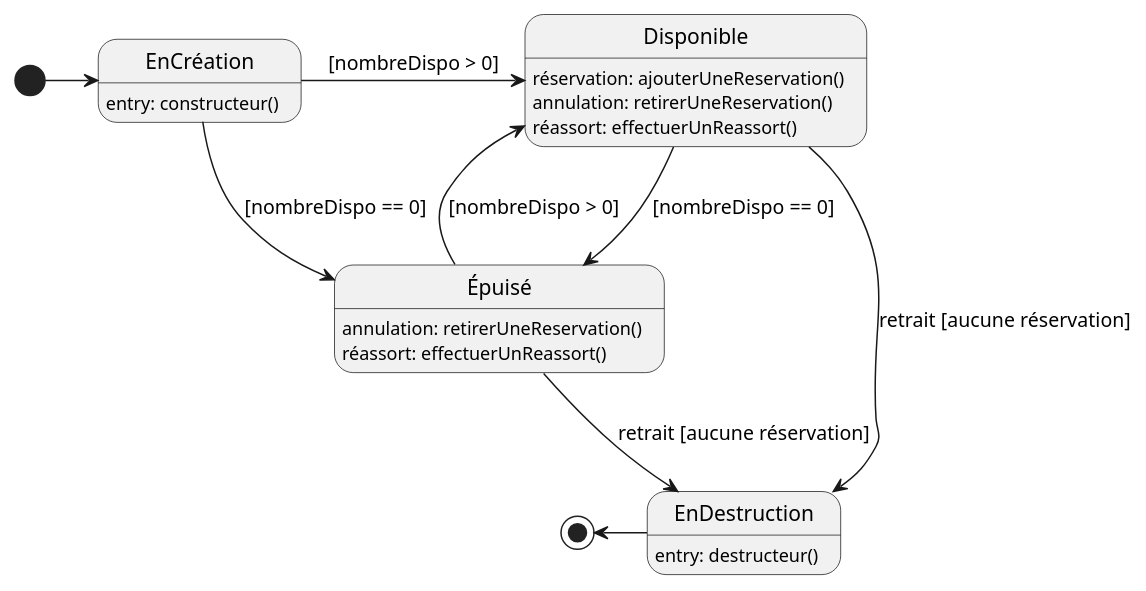
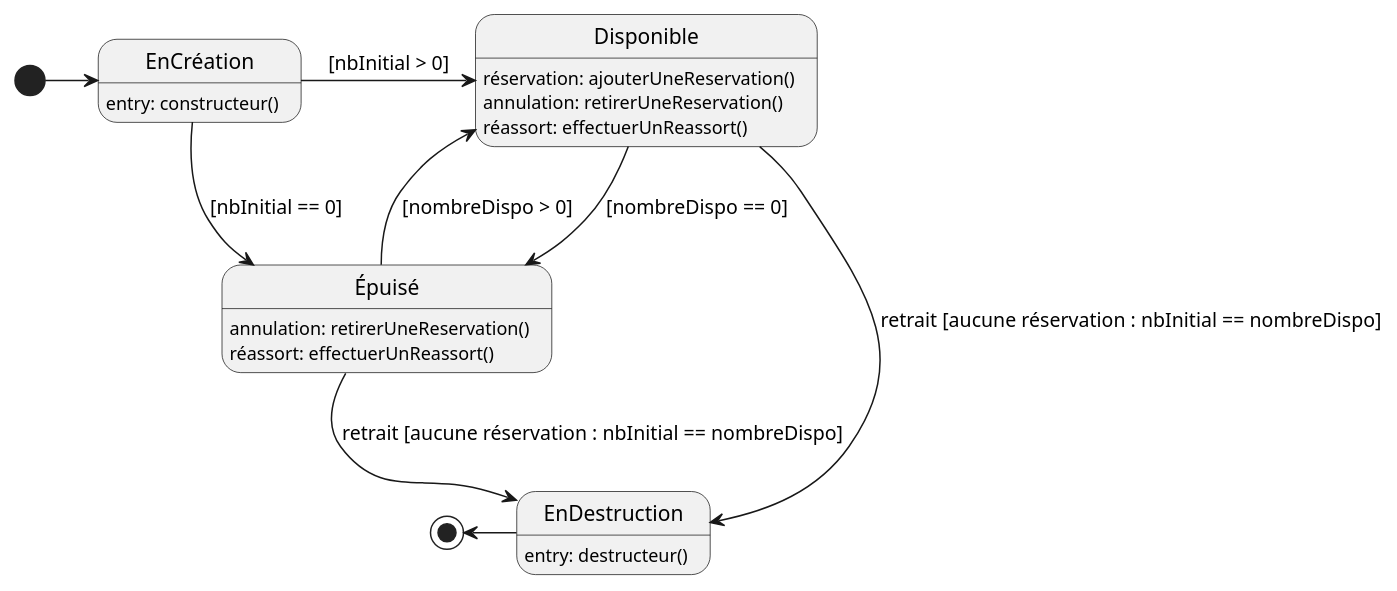
The diagram in Diagrammes/pge_uml_diag_machine_test.pu (yasminebelmaaziz/dev_logiciel), drawn with PlantUML before and after one commit. The commit also changed 16 other files, not shown here.

```diff
--- a/Diagrammes/pge_uml_diag_machine_test.pu
+++ b/Diagrammes/pge_uml_diag_machine_test.pu
@@ -1,25 +1,25 @@
 @startuml
 
 EnCréation : entry: constructeur()
 
 Disponible : réservation: ajouterUneReservation()
 Disponible : annulation: retirerUneReservation()
 Disponible : réassort: effectuerUnReassort()
 
 
 Épuisé : annulation: retirerUneReservation()
 Épuisé : réassort: effectuerUnReassort()
 
 
 EnDestruction : entry: destructeur()
 
 [*] -right-> EnCréation
-EnCréation -right-> Disponible : [nombreDispo > 0]
-EnCréation -down-> Épuisé : [nombreDispo == 0]
+EnCréation -right-> Disponible : [nbInitial > 0]
+EnCréation -down-> Épuisé : [nbInitial == 0]
 Disponible -right-> Épuisé : [nombreDispo == 0]
 Épuisé --> Disponible : [nombreDispo > 0]
-Disponible -down-> EnDestruction : retrait [aucune réservation]
-Épuisé -down-> EnDestruction : retrait [aucune réservation]
+Disponible -down-> EnDestruction : retrait [aucune réservation : nbInitial == nombreDispo]
+Épuisé -down-> EnDestruction : retrait [aucune réservation : nbInitial == nombreDispo]
 EnDestruction -left-> [*]
 
 @enduml
```
